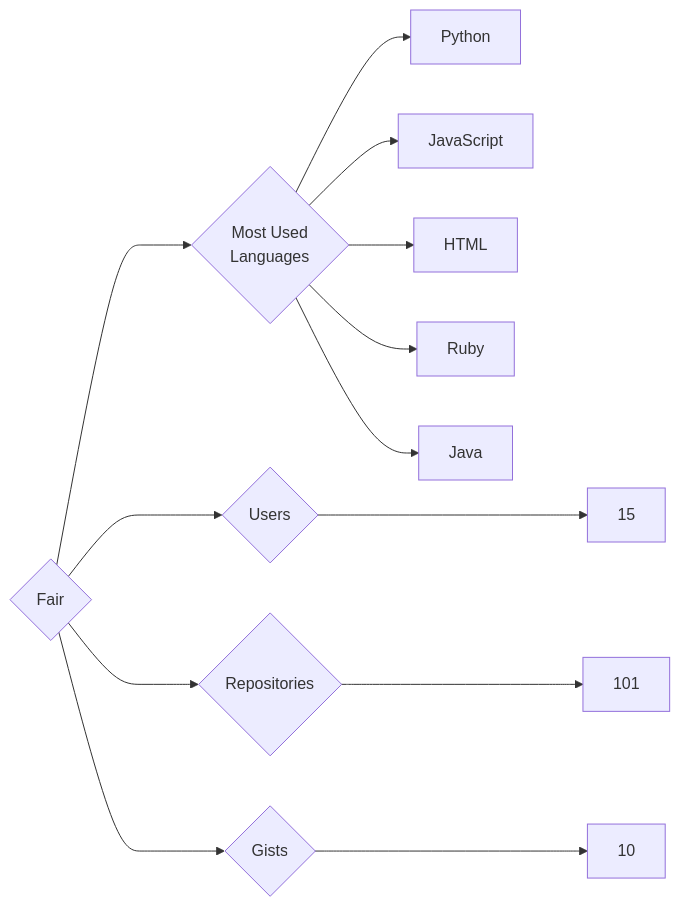
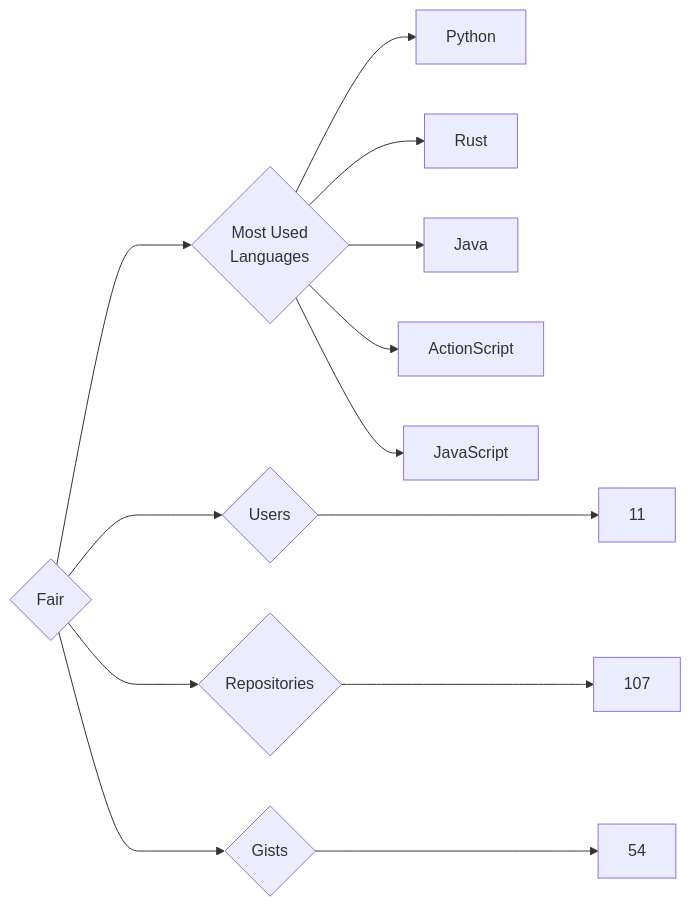
Before and after one commit to trickest/insiders: the diagram in targets/Fair/README.md, drawn with Mermaid. The commit also changed 644 other files, not shown here.

````diff
--- a/targets/Fair/README.md
+++ b/targets/Fair/README.md
@@ -3,13 +3,13 @@
 ```mermaid
 graph LR
 COMPANY_NAME{Fair}
-COMPANY_NAME ---> U{Users} ---> UN[15]
-COMPANY_NAME ---> R{Repositories} ---> RN[101]
-COMPANY_NAME ---> G{Gists} ---> GN[10]
+COMPANY_NAME ---> U{Users} ---> UN[11]
+COMPANY_NAME ---> R{Repositories} ---> RN[107]
+COMPANY_NAME ---> G{Gists} ---> GN[54]
 COMPANY_NAME ---> ML{Most Used<br>Languages}
 ML --> Python[Python]
+ML --> Rust[Rust]
+ML --> Java[Java]
+ML --> ActionScript[ActionScript]
 ML --> JavaScript[JavaScript]
-ML --> HTML[HTML]
-ML --> Ruby[Ruby]
-ML --> Java[Java]
 ```
````
